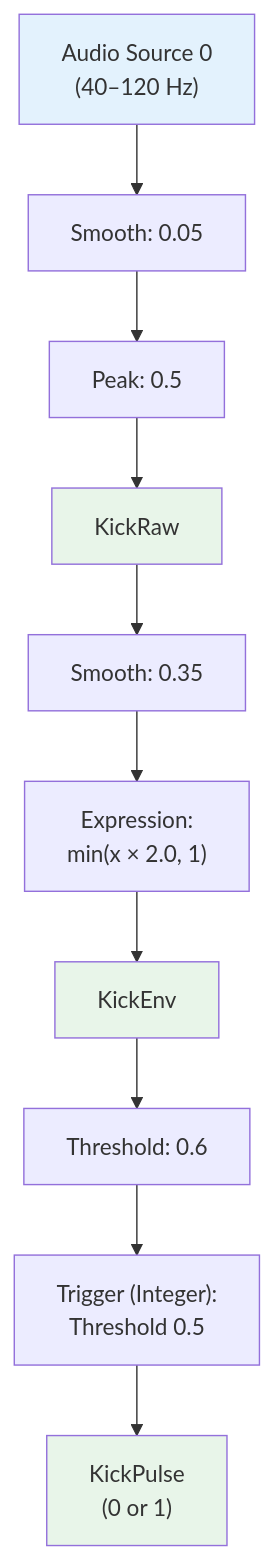
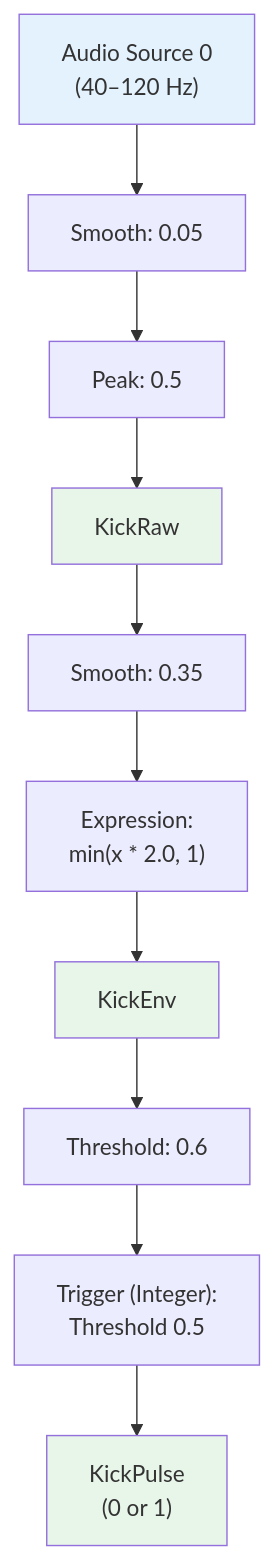
Before and after one commit to abossard/synesthesia-visuals: the seventh of 19 diagrams in docs/mmv-master-pipeline-guide.md, drawn with Mermaid.

Commit message:
Fix final multiplication symbol in kick detection diagram

````diff
--- a/docs/mmv-master-pipeline-guide.md
+++ b/docs/mmv-master-pipeline-guide.md
@@ -394,19 +394,19 @@
 ```mermaid
 flowchart TD
     AUDIO_KICK["Audio Source 0<br/>(40–120 Hz)"] --> SMOOTH_K1["Smooth: 0.05"]
     SMOOTH_K1 --> PEAK_K["Peak: 0.5"]
     PEAK_K --> KICK_RAW["KickRaw"]
     
     KICK_RAW --> SMOOTH_K2["Smooth: 0.35"]
-    SMOOTH_K2 --> EXPR_K["Expression:<br/>min(x × 2.0, 1)"]
+    SMOOTH_K2 --> EXPR_K["Expression:<br/>min(x * 2.0, 1)"]
     EXPR_K --> KICK_ENV["KickEnv"]
     
     KICK_ENV --> THRESH_K["Threshold: 0.6"]
     THRESH_K --> TRIG_K["Trigger (Integer):<br/>Threshold 0.5"]
     TRIG_K --> KICK_PULSE["KickPulse<br/>(0 or 1)"]
     
     style AUDIO_KICK fill:#e3f2fd
     style KICK_RAW fill:#e8f5e9
     style KICK_ENV fill:#e8f5e9
     style KICK_PULSE fill:#e8f5e9
 ```
````
